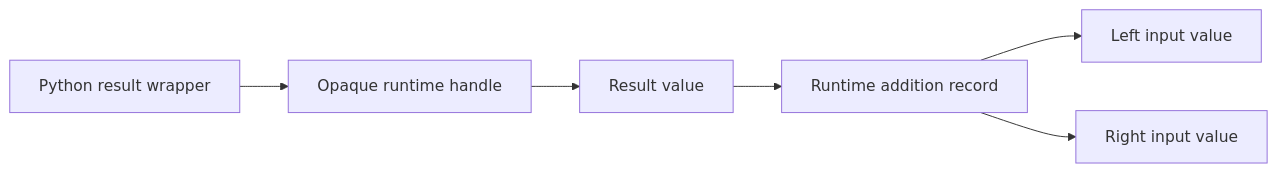
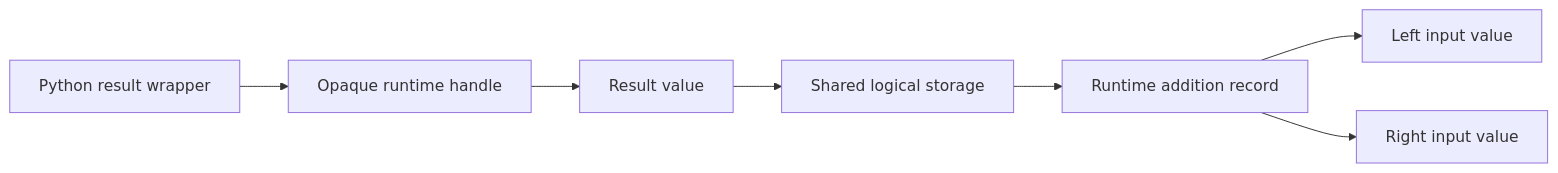
Before and after one commit to isaacperez/tabgrad: the diagram in docs/components/python-tensor-wrappers.md, drawn with Mermaid. The commit also changed other lines of this file and 26 other files, not shown here.

First line of the commit message:
Add contiguous shared-storage tensor views (#87)

````diff
--- a/docs/components/python-tensor-wrappers.md
+++ b/docs/components/python-tensor-wrappers.md
@@ -29,8 +29,9 @@
 ```mermaid
 flowchart LR
     PY["Python result wrapper"] --> H["Opaque runtime handle"]
     H --> V["Result value"]
-    V --> O["Runtime addition record"]
+    V --> S["Shared logical storage"]
+    S --> O["Runtime addition record"]
     O --> A["Left input value"]
     O --> B["Right input value"]
 ```
````
